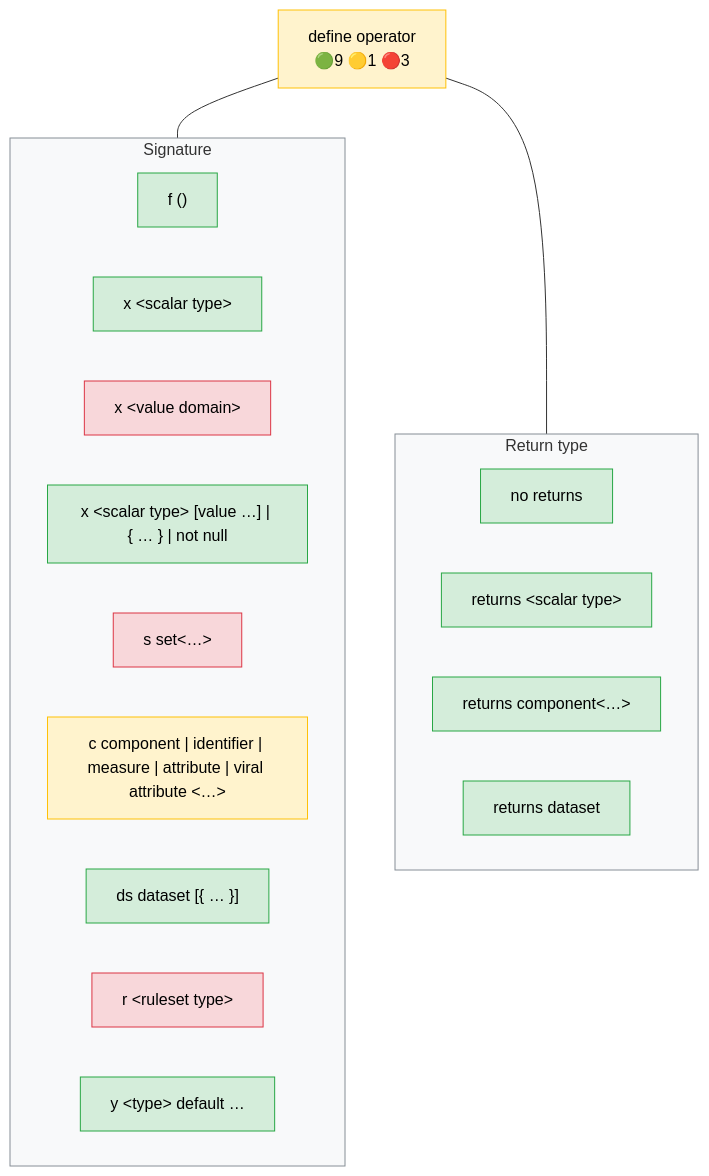
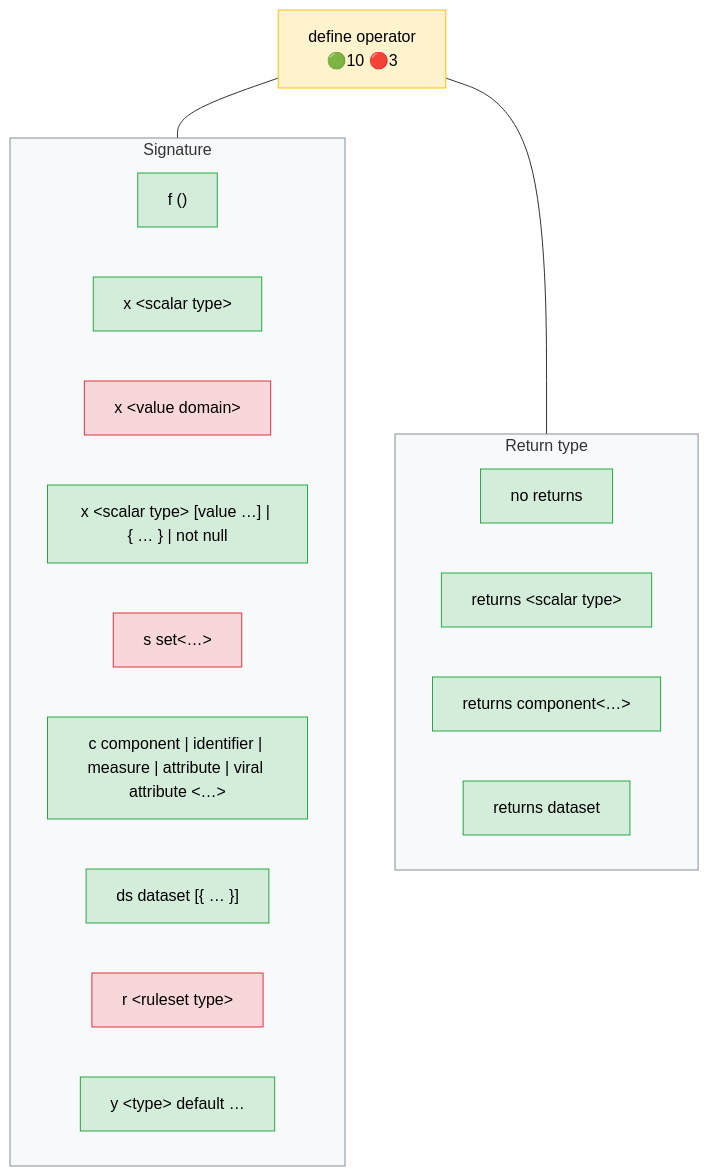
Before and after one commit to Meaningful-Data/vtlengine: the diagram in docs/operator_map/definitions/define_operator.rst, drawn with Mermaid. The commit also changed other lines of this file and 175 other files, not shown here.

```diff
--- a/docs/operator_map/definitions/define_operator.rst
+++ b/docs/operator_map/definitions/define_operator.rst
@@ -24,48 +24,48 @@
 .. mermaid::
    :config: {"flowchart": {"useMaxWidth": false}}
 
    flowchart TB
        classDef ok fill:#d4edda,stroke:#28a745,color:#000
        classDef partial fill:#fff3cd,stroke:#ffc107,color:#000
        classDef refused fill:#d4edda,stroke:#28a745,stroke-width:3px,stroke-dasharray: 2 2,color:#000
        classDef missing fill:#f8d7da,stroke:#dc3545,color:#000
        classDef diverge fill:#cce5ff,stroke:#007bff,color:#000
        classDef block fill:#2b3a4a,stroke:#2b3a4a,color:#fff,font-weight:bold
        classDef ext fill:#fff,stroke:#666,color:#000,stroke-dasharray: 5 5
-       O["define operator<br/>🟢9 🟡1 🔴3"]:::partial
+       O["define operator<br/>🟢10 🔴3"]:::partial
        subgraph G_b1["Signature"]
            direction LR
            v_no_parameters["f ()"]:::ok
            v_scalar_type["x #60;scalar type#62;"]:::ok
            v_value_domain["x #60;value domain#62;"]:::missing
            v_constrained_scalar["x #60;scalar type#62; #91;value …#93; #124; #123; … #125; #124; not null"]:::ok
            v_set["s set#60;…#62;"]:::missing
-           v_component["c component #124; identifier #124; measure #124; attribute #124; viral attribute #60;…#62;"]:::partial
+           v_component["c component #124; identifier #124; measure #124; attribute #124; viral attribute #60;…#62;"]:::ok
            v_dataset["ds dataset #91;#123; … #125;#93;"]:::ok
            v_ruleset["r #60;ruleset type#62;"]:::missing
            v_default_value["y #60;type#62; default …"]:::ok
        end
        subgraph G_b2["Return type"]
            direction LR
            v_returns_omitted["no returns"]:::ok
            v_returns_scalar["returns #60;scalar type#62;"]:::ok
            v_returns_component["returns component#60;…#62;"]:::ok
            v_returns_dataset["returns dataset"]:::ok
        end
        O --- G_b1
        O --- G_b2
        style G_b1 fill:#f8f9fa,stroke:#868e96,stroke-width:1px
        style G_b2 fill:#f8f9fa,stroke:#868e96,stroke-width:1px
        click v_no_parameters href "#form-no-parameters"
        click v_scalar_type href "#form-scalar-type"
        click v_value_domain href "#form-value-domain"
        click v_constrained_scalar href "#form-constrained-scalar"
        click v_set href "#form-set"
        click v_component href "#form-component"
        click v_dataset href "#form-dataset"
        click v_ruleset href "#form-ruleset"
        click v_default_value href "#form-default-value"
        click v_returns_omitted href "#form-returns-omitted"
        click v_returns_scalar href "#form-returns-scalar"
        click v_returns_component href "#form-returns-component"
        click v_returns_dataset href "#form-returns-dataset"
```
